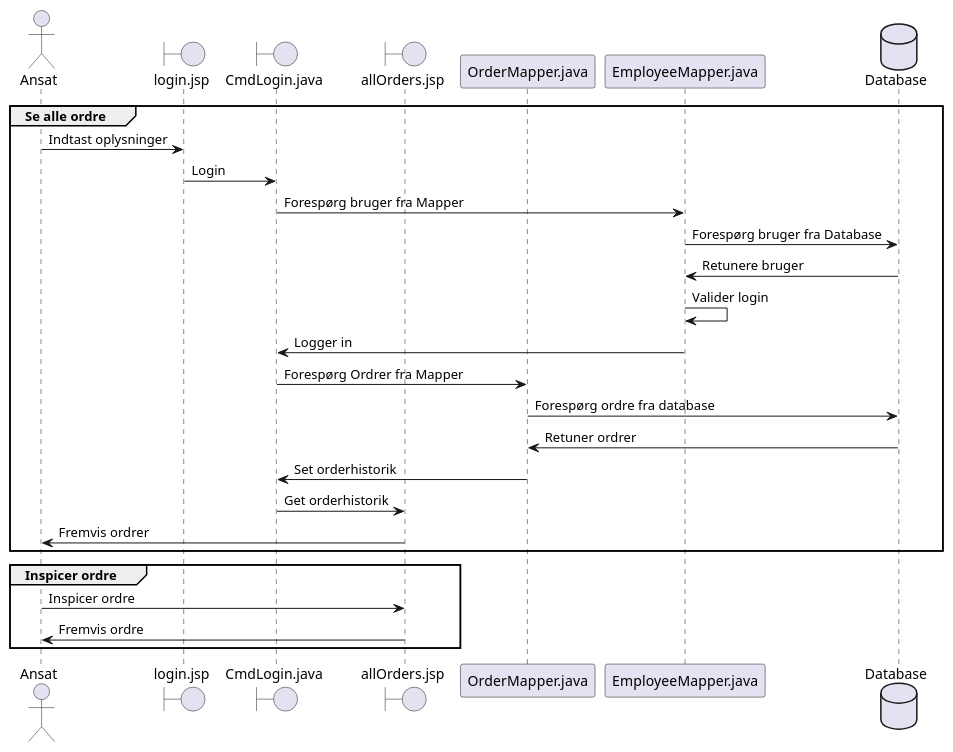
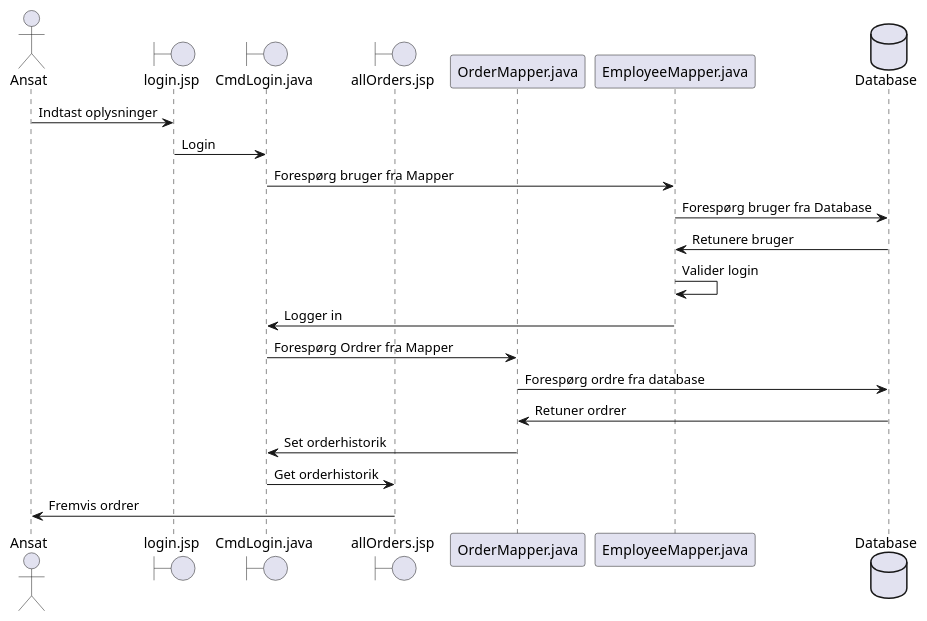
One commit to NikolajX4000/Sem2Exam changed the diagram in src/main/java/UML/SequenceDiagram_ViewAllOrders.puml. Above: the diagram before and after it, drawn with PlantUML. The commit also changed 5 other files, not shown here.

Commit message:
SequenceDiagram

```diff
--- a/src/main/java/UML/SequenceDiagram_ViewAllOrders.puml
+++ b/src/main/java/UML/SequenceDiagram_ViewAllOrders.puml
@@ -1,32 +1,25 @@
 @startuml
 
 actor Ansat
 boundary "login.jsp" as LI
 boundary "CmdLogin.java" as CLI
 boundary "allOrders.jsp" as AO
 participant "OrderMapper.java" as OM
 participant "EmployeeMapper.java" as EM
 database "Database" as DB
 
-group Se alle ordre
 Ansat -> LI : Indtast oplysninger
 LI -> CLI : Login
 CLI -> EM : Forespørg bruger fra Mapper
 EM -> DB : Forespørg bruger fra Database
 DB -> EM : Retunere bruger
 EM -> EM : Valider login
 EM -> CLI : Logger in
 CLI -> OM : Forespørg Ordrer fra Mapper
 OM -> DB : Forespørg ordre fra database
 DB -> OM : Retuner ordrer
 OM -> CLI : Set orderhistorik
 CLI -> AO : Get orderhistorik
 AO -> Ansat : Fremvis ordrer
-end
-
-group Inspicer ordre
-Ansat -> AO : Inspicer ordre
-AO -> Ansat : Fremvis ordre
-end
 
 @enduml
```
